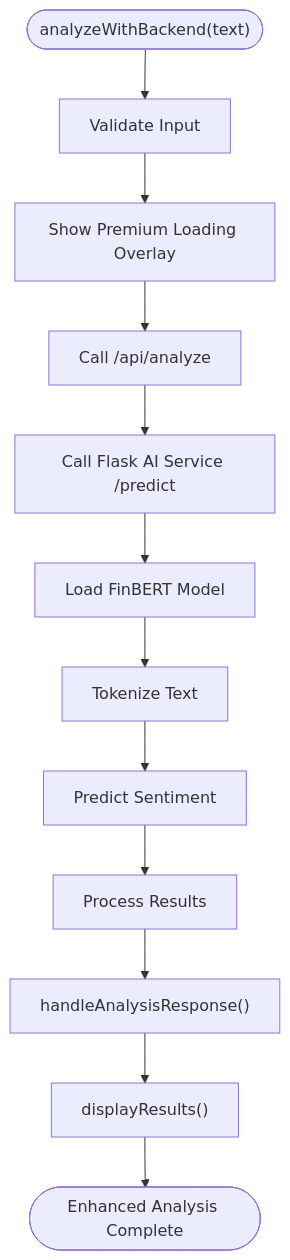
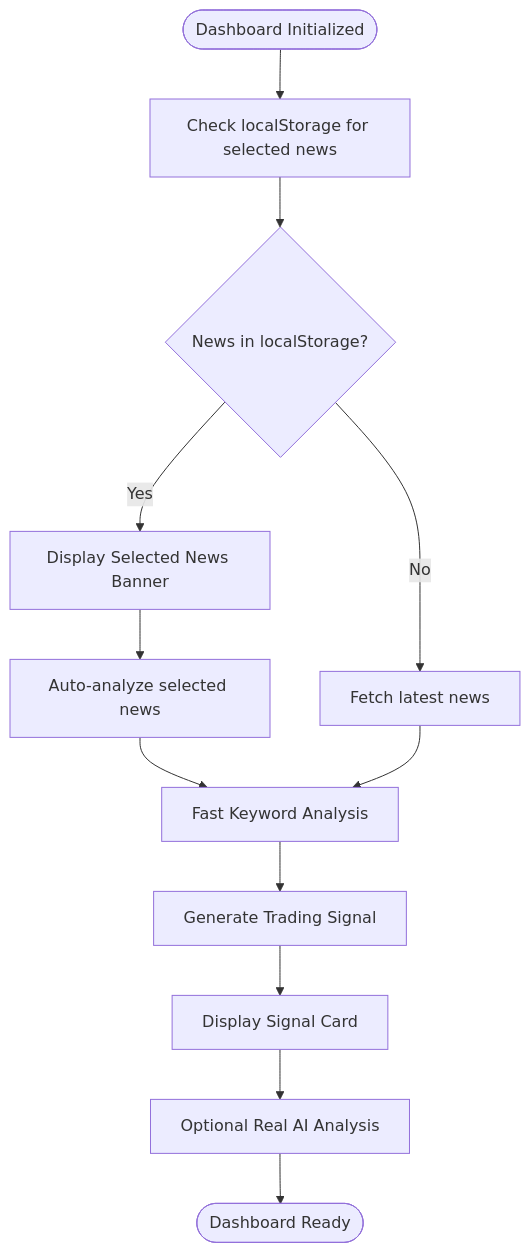
Before and after one commit to ayushtiwari1526/TheReinforcers_AyushTiwari: the third of 6 diagrams in .qoder/repowiki/en/content/JavaScript Implementation.md, drawn with Mermaid. The commit also changed other lines of this file and 16 other files, not shown here.

````diff
--- a/.qoder/repowiki/en/content/JavaScript Implementation.md
+++ b/.qoder/repowiki/en/content/JavaScript Implementation.md
@@ -177,14 +181,14 @@
 ```mermaid
 flowchart TD
-Start(["analyzeWithBackend(text)"]) --> Validate["Validate Input"]
-Validate --> ShowLoading["Show Premium Loading Overlay"]
-ShowLoading --> CallAPI["Call /api/analyze"]
-CallAPI --> FlaskCall["Call Flask AI Service /predict"]
-FlaskCall --> ModelLoad["Load FinBERT Model"]
-ModelLoad --> Tokenize["Tokenize Text"]
-Tokenize --> Predict["Predict Sentiment"]
-Predict --> Process["Process Results"]
-Process --> HandleResponse["handleAnalysisResponse()"]
-HandleResponse --> Render["displayResults()"]
-Render --> End(["Enhanced Analysis Complete"])
+Start(["Dashboard Initialized"]) --> CheckLocalStorage["Check localStorage for selected news"]
+CheckLocalStorage --> HasNews{"News in localStorage?"}
+HasNews --> |Yes| ShowBanner["Display Selected News Banner"]
+ShowBanner --> AutoAnalyze["Auto-analyze selected news"]
+HasNews --> |No| FetchLatest["Fetch latest news"]
+AutoAnalyze --> FastAnalysis["Fast Keyword Analysis"]
+FetchLatest --> FastAnalysis
+FastAnalysis --> GenerateSignal["Generate Trading Signal"]
+GenerateSignal --> DisplaySignal["Display Signal Card"]
+DisplaySignal --> OptionalAI["Optional Real AI Analysis"]
+OptionalAI --> End(["Dashboard Ready"])
 ```
````
